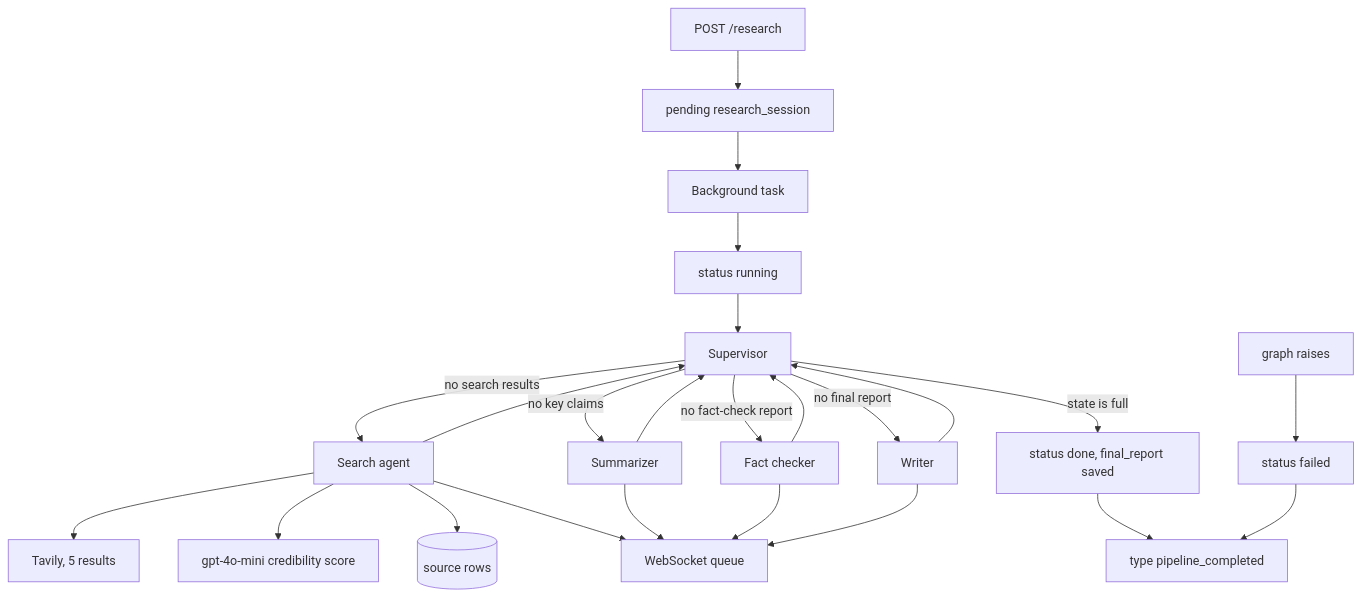
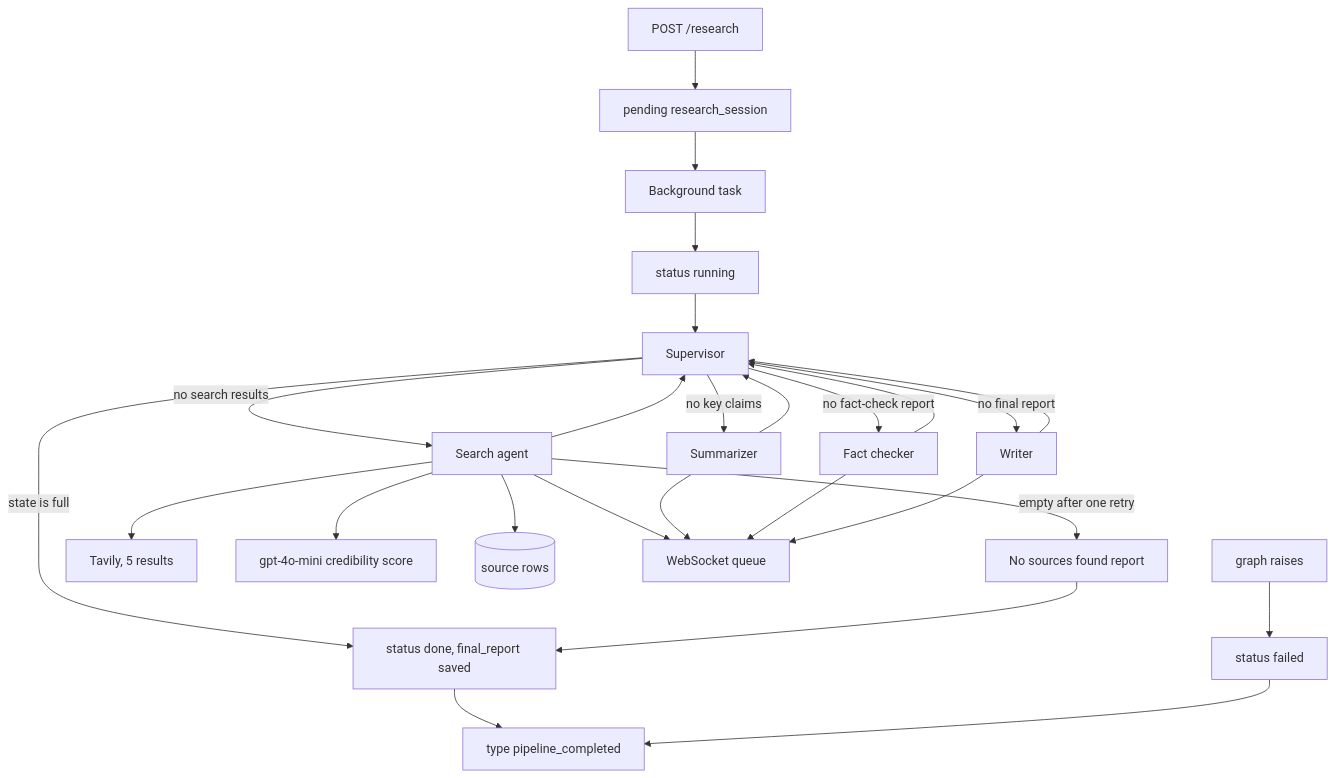
One commit to raosam23/query-nest-backend changed the first of 2 diagrams in README.md. Above: the diagram before and after it, drawn with Mermaid. The commit also changed other lines of this file and 14 other files, not shown here.

````diff
--- a/README.md
+++ b/README.md
@@ -39,26 +39,28 @@
 ```mermaid
 flowchart TD
     post[POST /research] --> pending[pending research_session]
     pending --> task[Background task]
     task --> running[status running]
     running --> supervisor[Supervisor]
     supervisor -->|no search results| search[Search agent]
+    search -->|empty after one retry| noSources[No sources found report]
     search --> tavily[Tavily, 5 results]
     search --> score[gpt-4o-mini credibility score]
     search --> sources[(source rows)]
     search --> supervisor
     supervisor -->|no key claims| summarize[Summarizer]
     summarize --> supervisor
     supervisor -->|no fact-check report| fact[Fact checker]
     fact --> supervisor
     supervisor -->|no final report| writer[Writer]
     writer --> supervisor
     supervisor -->|state is full| done[status done, final_report saved]
+    noSources --> done
     search --> queue[WebSocket queue]
     summarize --> queue
     fact --> queue
     writer --> queue
     done --> completed[type pipeline_completed]
     failed[graph raises] --> markFailed[status failed]
     markFailed --> completed
 ```
````
